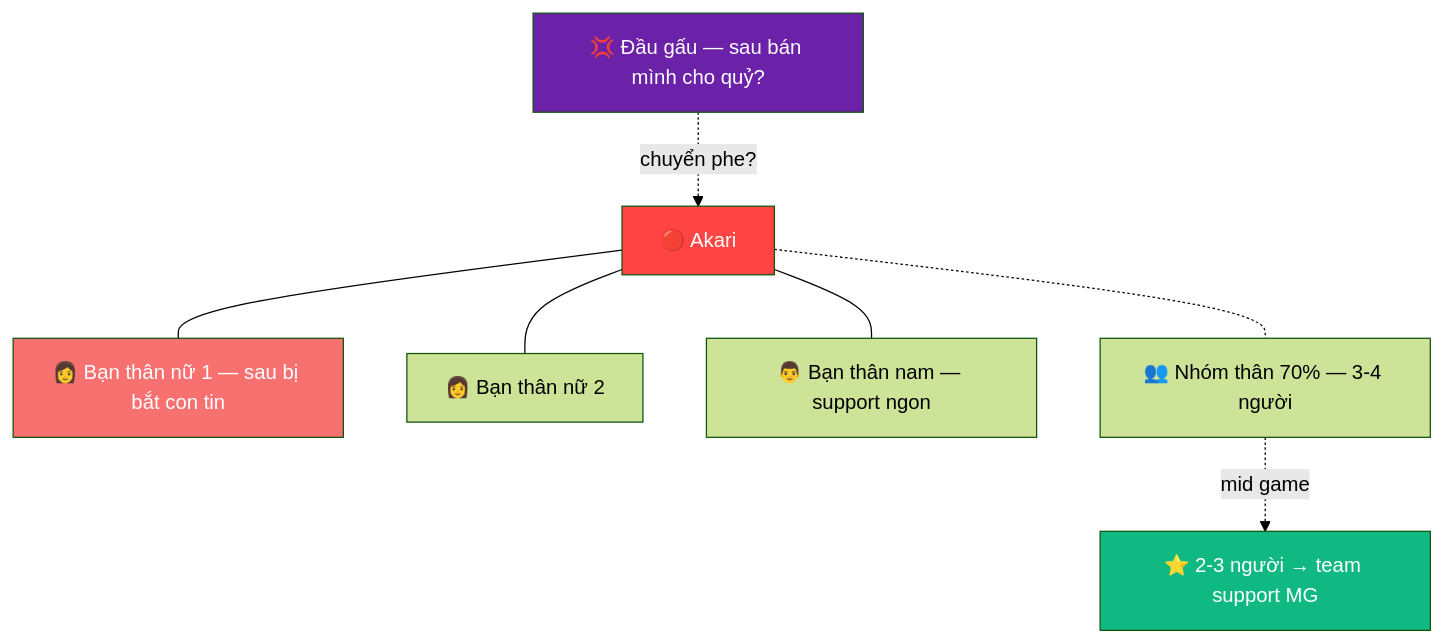
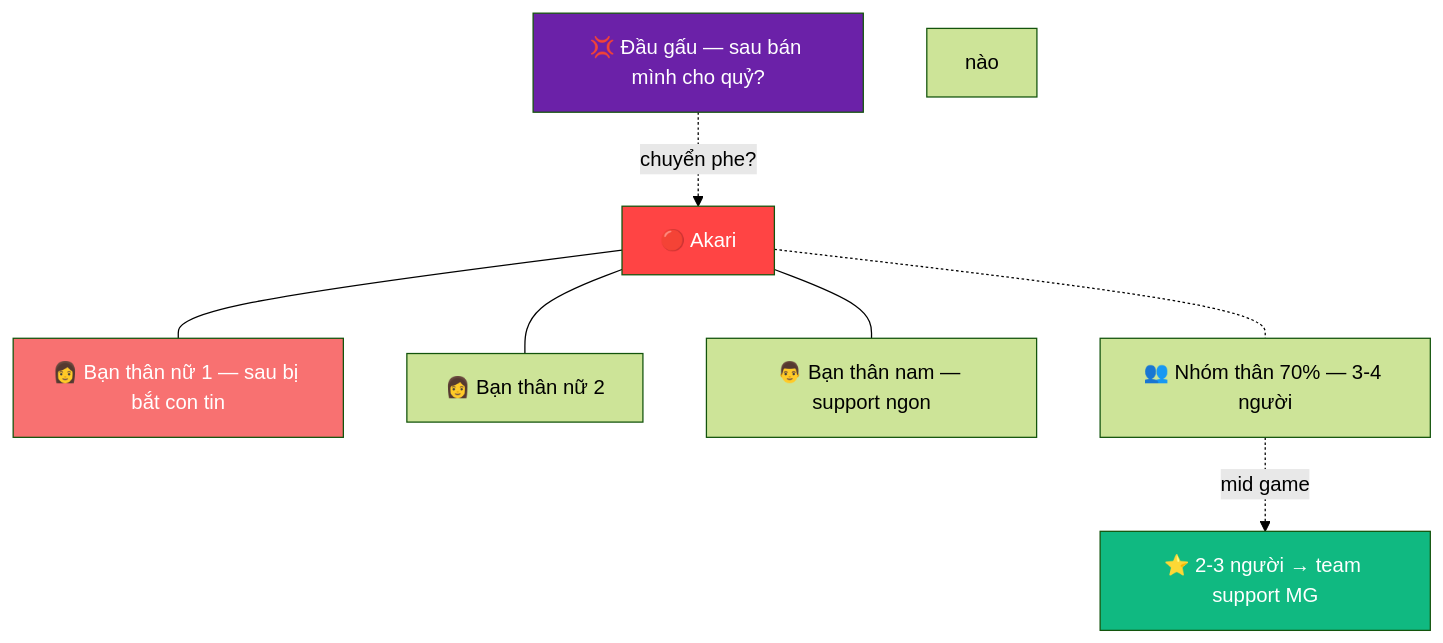
The third of 3 diagrams in Story Bible/relationship_map.md (Ilumyx/Esca-Ruby), drawn with Mermaid (forest theme) before and after one commit.

Commit message:
Update relationship map

````diff
--- a/Story Bible/relationship_map.md
+++ b/Story Bible/relationship_map.md
@@ -97,23 +97,23 @@
 ```mermaid
 graph TD
     AKARI["🔴 Akari"]
 
     BF1["👩 Bạn thân nữ 1 — sau bị bắt con tin"]
     BF2["👩 Bạn thân nữ 2"]
     BM1["👨 Bạn thân nam — support ngon"]
     GRP["👥 Nhóm thân 70% — 3-4 người"]
     TEAM["⭐ 2-3 người → team support MG"]
     BULLY["💢 Đầu gấu — sau bán mình cho quỷ?"]
 
     AKARI --- BF1
     AKARI --- BF2
     AKARI --- BM1
     AKARI -.- GRP
     GRP -.->|"mid game"| TEAM
     BULLY -.->|"chuyển phe?"| AKARI
-
+nào
     style AKARI fill:#ff4444,color:#fff
     style BF1 fill:#f87171,color:#fff
     style TEAM fill:#10b981,color:#fff
     style BULLY fill:#6b21a8,color:#fff
 ```
````
